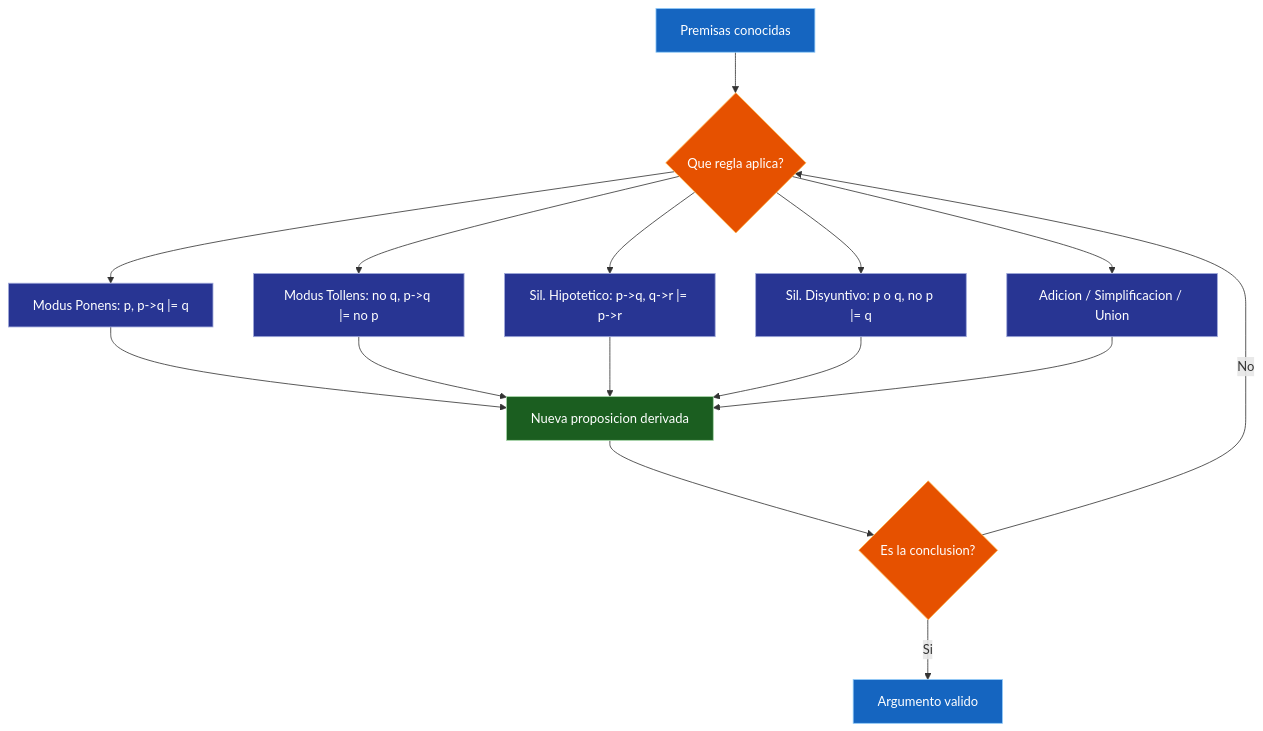
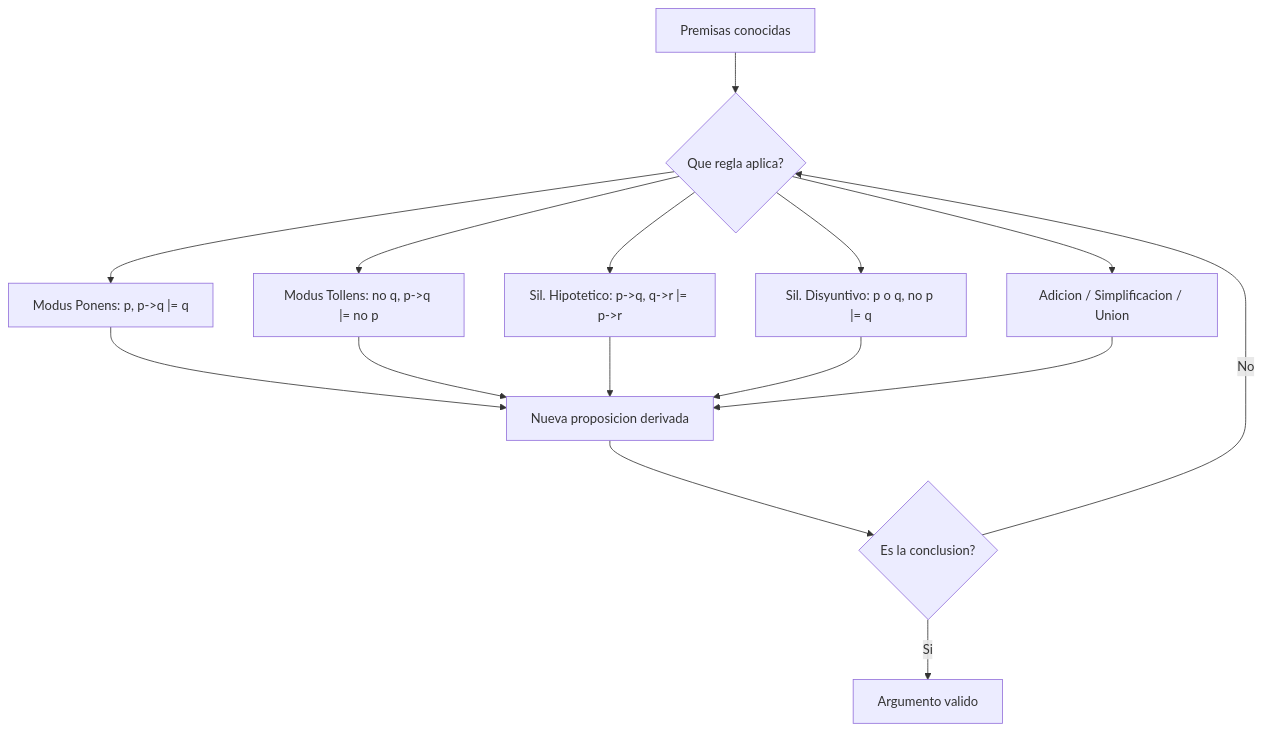
The diagram in src/site/notes/Universidad/3er Semestre/Matemáticas Discretas/Unidad 1 - Logica y Conjuntos/III - Razonamiento Inductivo/01 - Reglas de Inferencia.md (Fsteven22/Notas-ESPOL), drawn with Mermaid before and after one commit. The commit also changed other lines of this file and 179 other files, not shown here.

````diff
--- a/src/site/notes/Universidad/3er Semestre/Matemáticas Discretas/Unidad 1 - Logica y Conjuntos/III - Razonamiento Inductivo/01 - Reglas de Inferencia.md
+++ b/src/site/notes/Universidad/3er Semestre/Matemáticas Discretas/Unidad 1 - Logica y Conjuntos/III - Razonamiento Inductivo/01 - Reglas de Inferencia.md
@@ -215,27 +215,17 @@
 ```mermaid
 graph TD
     A[Premisas conocidas] --> B{Que regla aplica?}
     B --> C["Modus Ponens: p, p->q |= q"]
     B --> D["Modus Tollens: no q, p->q |= no p"]
     B --> E["Sil. Hipotetico: p->q, q->r |= p->r"]
     B --> F["Sil. Disyuntivo: p o q, no p |= q"]
     B --> G["Adicion / Simplificacion / Union"]
     C --> H[Nueva proposicion derivada]
     D --> H
     E --> H
     F --> H
     G --> H
     H --> I{Es la conclusion?}
     I -->|Si| J[Argumento valido]
     I -->|No| B
-    style A fill:#1565C0,color:#FFFFFF,stroke:#90CAF9,stroke-width:1px
-    style B fill:#E65100,color:#FFFFFF,stroke:#FFB74D,stroke-width:1px
-    style C fill:#283593,color:#FFFFFF,stroke:#9FA8DA,stroke-width:1px
-    style D fill:#283593,color:#FFFFFF,stroke:#9FA8DA,stroke-width:1px
-    style E fill:#283593,color:#FFFFFF,stroke:#9FA8DA,stroke-width:1px
-    style F fill:#283593,color:#FFFFFF,stroke:#9FA8DA,stroke-width:1px
-    style G fill:#283593,color:#FFFFFF,stroke:#9FA8DA,stroke-width:1px
-    style H fill:#1B5E20,color:#FFFFFF,stroke:#A5D6A7,stroke-width:1px
-    style I fill:#E65100,color:#FFFFFF,stroke:#FFB74D,stroke-width:1px
-    style J fill:#1565C0,color:#FFFFFF,stroke:#90CAF9,stroke-width:1px
 ```
````
